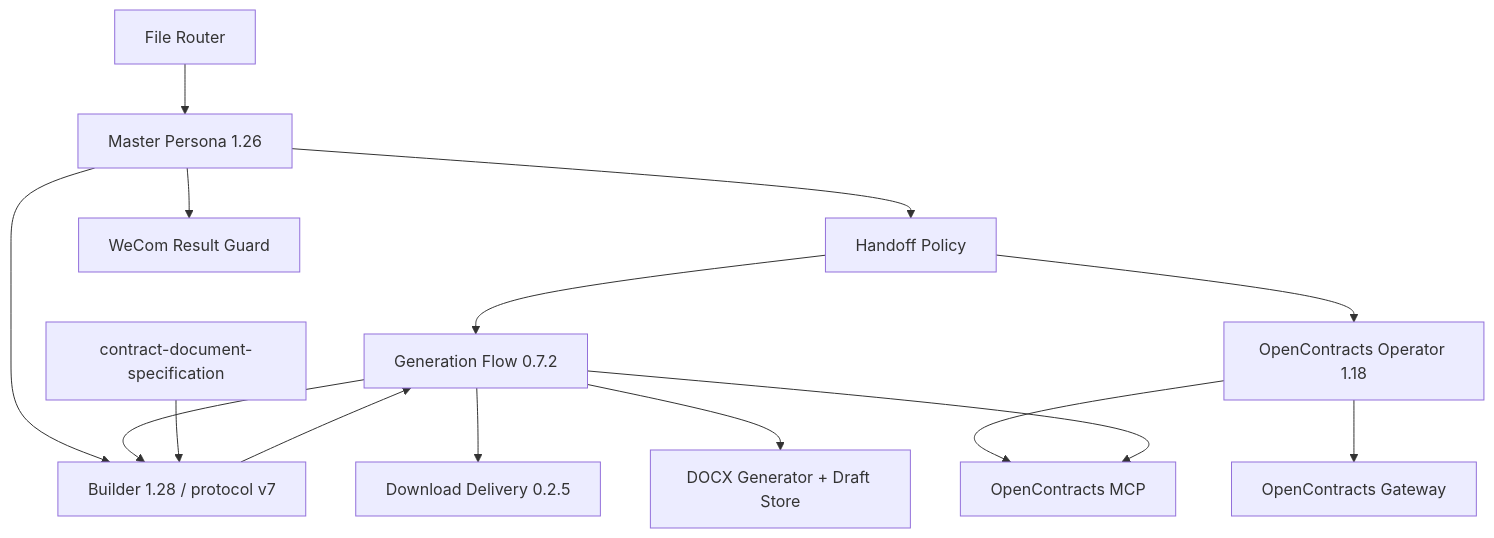
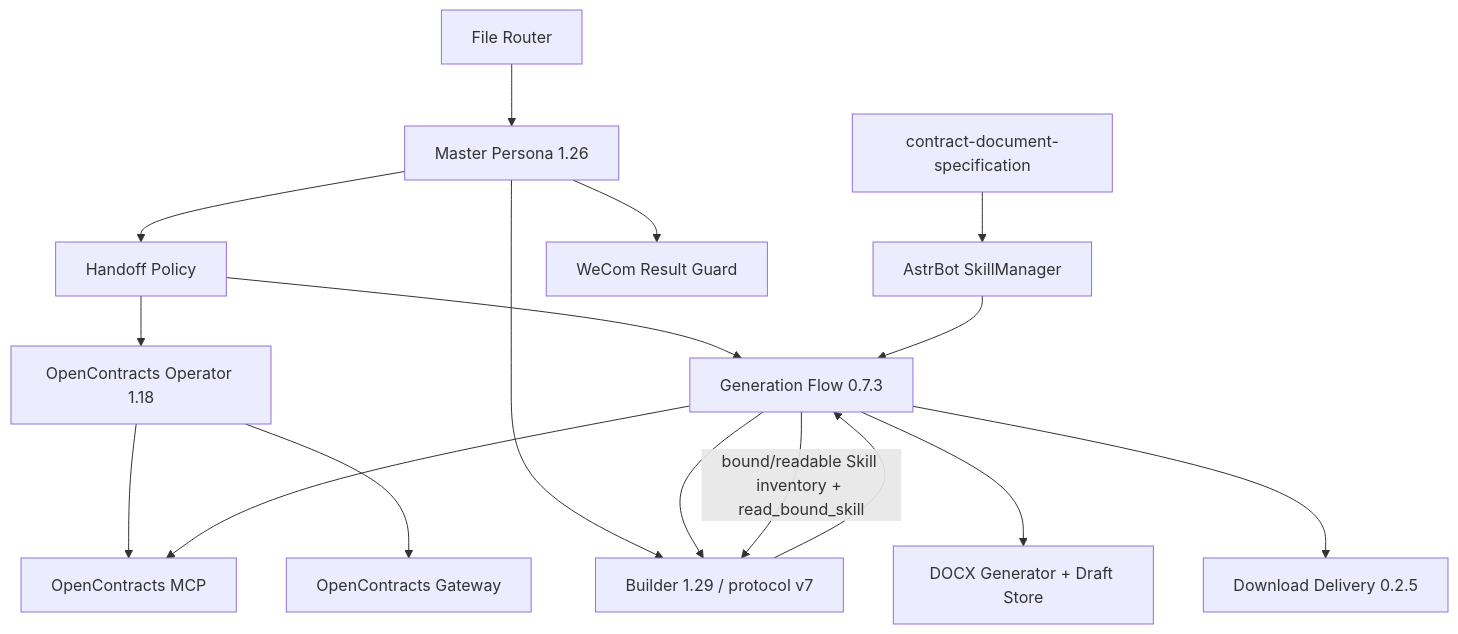
Before and after one commit to Ri0n72Y/ContractBotConfig: the second of 2 diagrams in docs/architecture/system-context.md, drawn with Mermaid. The commit also changed other lines of this file and 9 other files, not shown here.

First line of the commit message:
Fix Builder Skill grounding in generation runtime (#20)

````diff
--- a/docs/architecture/system-context.md
+++ b/docs/architecture/system-context.md
@@ -26,28 +26,31 @@
 ```mermaid
 flowchart TB
     Router[File Router]
     Master[Master Persona 1.26]
     Handoff[Handoff Policy]
     Operator[OpenContracts Operator 1.18]
     Gateway[OpenContracts Gateway]
     MCP[OpenContracts MCP]
-    Builder[Builder 1.28 / protocol v7]
+    Builder[Builder 1.29 / protocol v7]
+    SkillMgr[AstrBot SkillManager]
     DocSpec[contract-document-specification]
-    Flow[Generation Flow 0.7.2]
+    Flow[Generation Flow 0.7.3]
     Generator[DOCX Generator + Draft Store]
     Delivery[Download Delivery 0.2.5]
     Guard[WeCom Result Guard]
 
     Router --> Master
     Master --> Handoff --> Operator
     Operator --> MCP
     Operator --> Gateway
     Master --> Builder
     Handoff --> Flow --> Builder
-    DocSpec --> Builder
+    SkillMgr --> Flow
+    DocSpec --> SkillMgr
+    Flow -->|bound/readable Skill inventory + read_bound_skill| Builder
     Builder --> Flow
     Flow --> MCP
     Flow --> Generator
     Flow --> Delivery
     Master --> Guard
 ```
````
